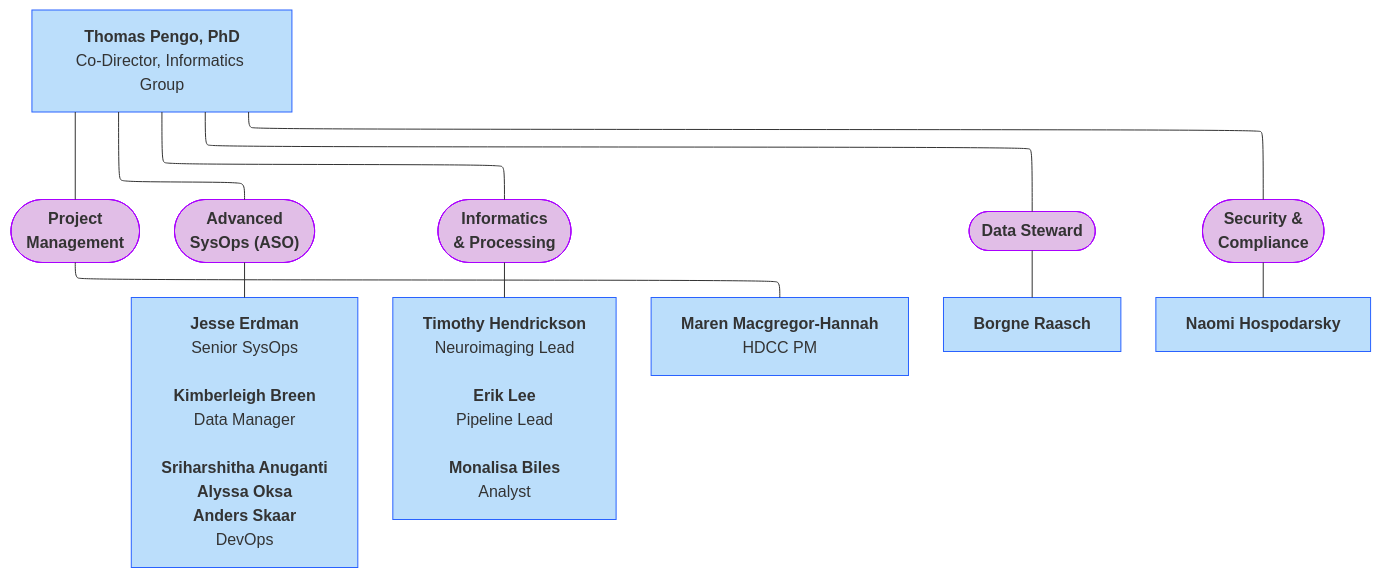
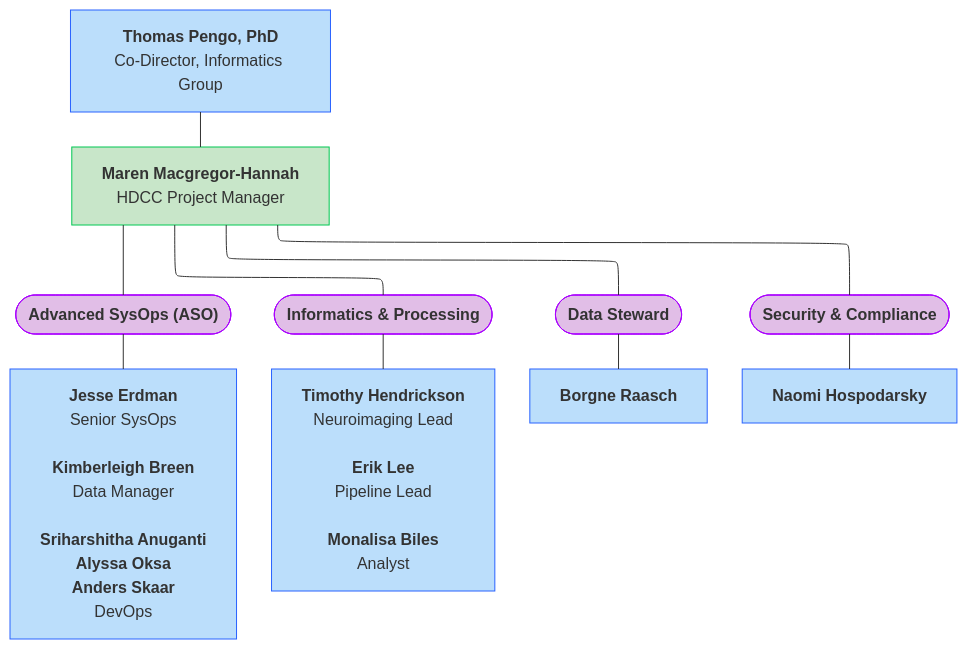
One commit to DCAN-Labs/hbcd-docs-internal changed the seventh of 10 diagrams in docs/orgcharts.md. Above: the diagram before and after it, drawn with Mermaid. The commit also changed 1 other file, not shown here.

Commit message:
update MIDB with PM

````diff
--- a/docs/orgcharts.md
+++ b/docs/orgcharts.md
@@ -327,24 +327,24 @@
 ```mermaid
 ---
 config:
   layout: elk
 ---
 flowchart TB
-    L["<b>Thomas Pengo, PhD</b><br>Co-Director, Informatics Group"] --- M(["<b>Project<br>Management</b>"]) & N(["<b>Advanced<br>SysOps (ASO)</b>"]) & O(["<b>Informatics<br>&amp; Processing</b>"]) & P(["<b>Data Steward</b>"]) & n8(["<b>Security &amp;<br>Compliance</b>"])
+    L["<b>Maren Macgregor-Hannah</b><br>HDCC Project Manager"] --- N(["<b>Advanced SysOps (ASO)</b>"]) & O(["<b>Informatics &amp; Processing</b>"]) & P(["<b>Data Steward</b>"]) 
+    L --- n8(["<b>Security &amp Compliance</b>"])
     N --- Q["<b>Jesse Erdman</b><br>Senior SysOps<br><br><b>Kimberleigh Breen</b><br>Data Manager<br><br><b>Sriharshitha Anuganti<br>Alyssa Oksa<br>Anders Skaar</b><br>DevOps"]
     O --- n4["<b>Timothy Hendrickson</b><br>Neuroimaging Lead<br><br><b>Erik Lee</b><br>Pipeline Lead<br><br><b>Monalisa Biles</b><br>Analyst"]
-    M --- n6["<b>Maren Macgregor-Hannah</b><br>HDCC PM"]
     P --- n7["<b>Borgne Raasch</b>"]
     n8 --- n9["<b>Naomi Hospodarsky</b>"]
-    style L fill:#BBDEFB,stroke:#2962FF
-    style M fill:#E1BEE7,stroke:#AA00FF
+    n10["<b>Thomas Pengo, PhD</b><br>Co-Director, Informatics Group"] --- L
+    style L fill:#C8E6C9,stroke:#00C853
     style N fill:#E1BEE7,stroke:#AA00FF
     style O fill:#E1BEE7,stroke:#AA00FF
     style P fill:#E1BEE7,stroke:#AA00FF
     style n8 fill:#E1BEE7,stroke:#AA00FF
     style Q fill:#BBDEFB,stroke:#2962FF
     style n4 fill:#BBDEFB,stroke:#2962FF
-    style n6 fill:#BBDEFB,stroke:#2962FF
     style n7 fill:#BBDEFB,stroke:#2962FF
     style n9 fill:#BBDEFB,stroke:#2962FF
+    style n10 fill:#BBDEFB,stroke:#2962FF
 ```
````
